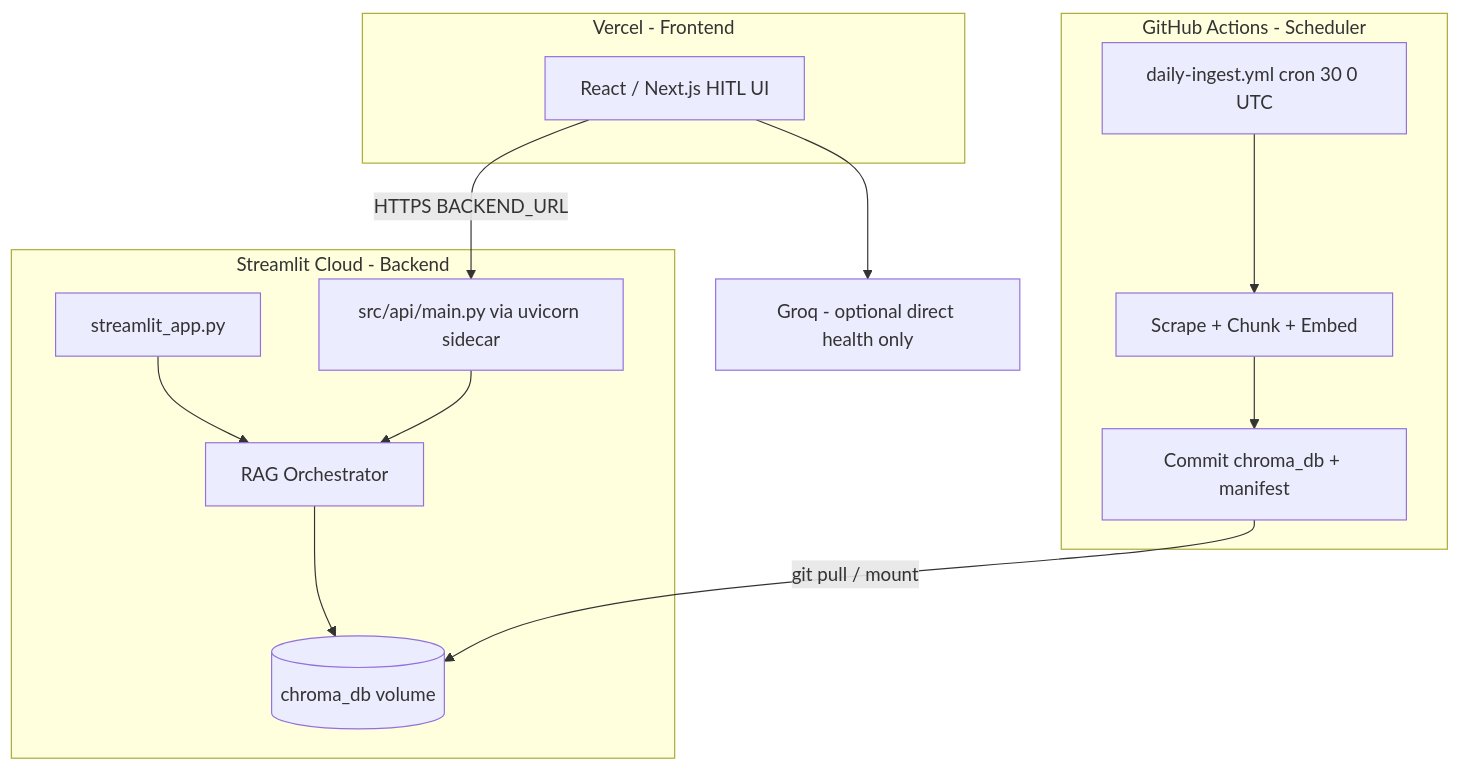
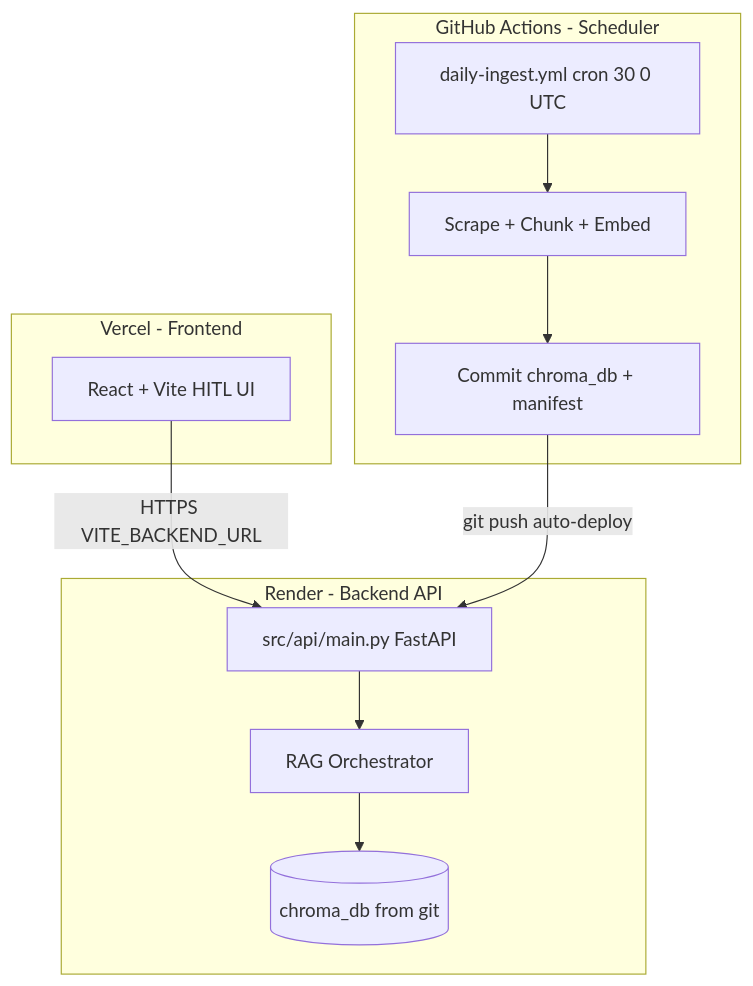
One commit to prateek12rai/NL_Grad_ChatGPT changed the second of 9 diagrams in docs/architecture.md. Above: the diagram before and after it, drawn with Mermaid. The commit also changed other lines of this file and 14 other files, not shown here.

````diff
--- a/docs/architecture.md
+++ b/docs/architecture.md
@@ -132,24 +132,21 @@
 ```mermaid
 flowchart TB
     subgraph github [GitHub Actions - Scheduler]
         WF[daily-ingest.yml cron 30 0 UTC]
         WF --> SCRAPE[Scrape + Chunk + Embed]
         SCRAPE --> COMMIT[Commit chroma_db + manifest]
     end
 
-    subgraph streamlit [Streamlit Cloud - Backend]
-        STAPP[streamlit_app.py]
-        REST[src/api/main.py via uvicorn sidecar]
-        STAPP --> RAG[RAG Orchestrator]
-        REST --> RAG
-        RAG --> CHROMA2[(chroma_db volume)]
+    subgraph render [Render - Backend API]
+        REST[src/api/main.py FastAPI]
+        REST --> RAG[RAG Orchestrator]
+        RAG --> CHROMA2[(chroma_db from git)]
     end
 
     subgraph vercel [Vercel - Frontend]
-        NEXT[React / Next.js HITL UI]
-        NEXT -->|HTTPS BACKEND_URL| REST
+        VITE[React + Vite HITL UI]
+        VITE -->|HTTPS VITE_BACKEND_URL| REST
     end
 
-    COMMIT -->|git pull / mount| CHROMA2
-    NEXT --> GROQ2[Groq - optional direct health only]
+    COMMIT -->|git push auto-deploy| REST
 ```
````
